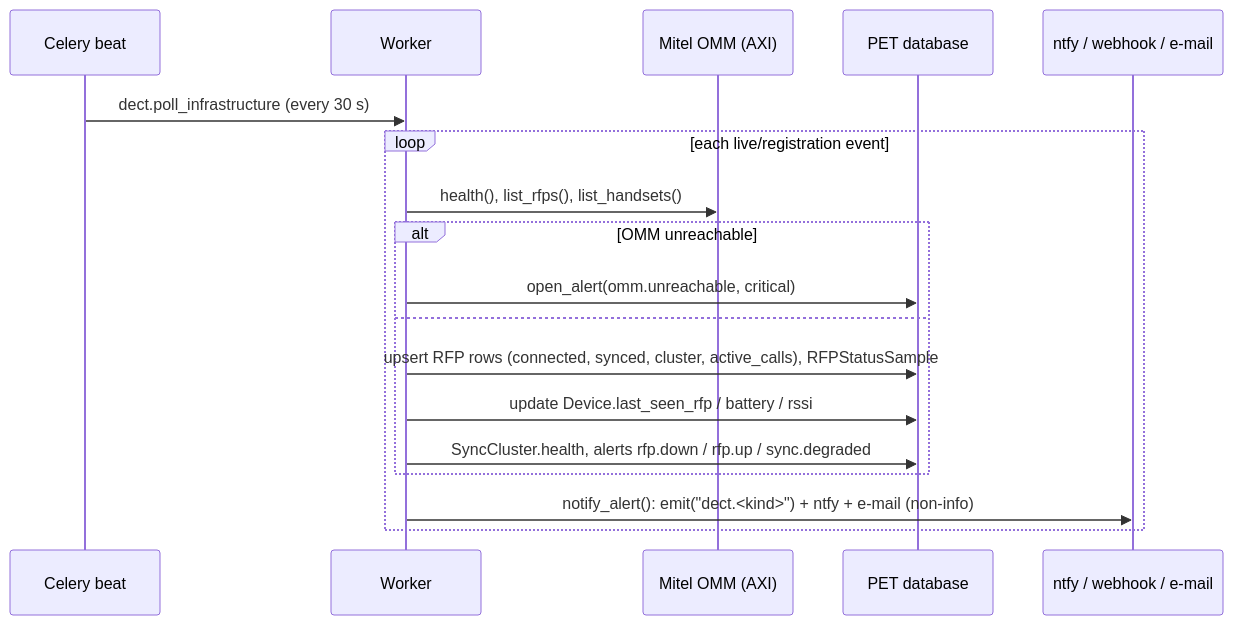
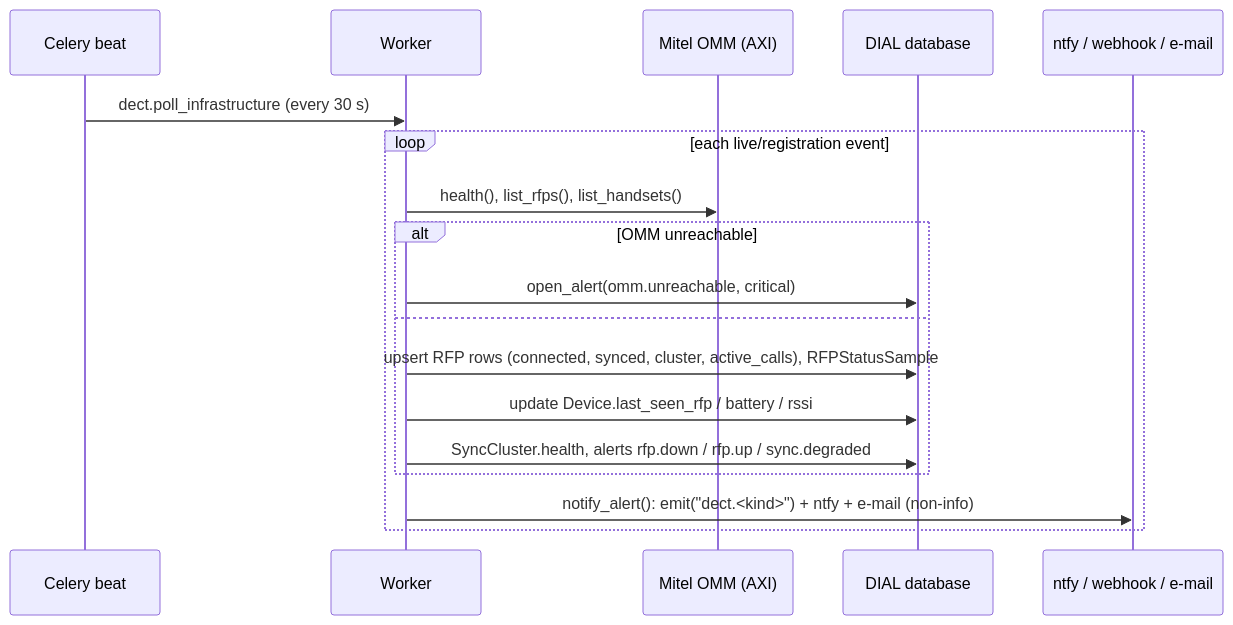
The seventh of 8 diagrams in docs/ARCHITECTURE.md (kirikakaese/DIAL-BETA), drawn with Mermaid before and after one commit. The commit also changed other lines of this file and 296 other files, not shown here.

First line of the commit message:
Rename PET to DIAL (DECT & IP Administration Layer)

````diff
--- a/docs/ARCHITECTURE.md
+++ b/docs/ARCHITECTURE.md
@@ -665,21 +665,21 @@
 ```mermaid
 sequenceDiagram
     participant B as Celery beat
     participant W as Worker
     participant OMM as Mitel OMM (AXI)
-    participant DB as PET database
+    participant DB as DIAL database
     participant N as ntfy / webhook / e-mail
 
     B->>W: dect.poll_infrastructure (every 30 s)
     loop each live/registration event
         W->>OMM: health(), list_rfps(), list_handsets()
         alt OMM unreachable
             W->>DB: open_alert(omm.unreachable, critical)
         else
             W->>DB: upsert RFP rows (connected, synced, cluster, active_calls), RFPStatusSample
             W->>DB: update Device.last_seen_rfp / battery / rssi
             W->>DB: SyncCluster.health, alerts rfp.down / rfp.up / sync.degraded
         end
         W->>N: notify_alert(): emit("dect.<kind>") + ntfy + e-mail (non-info)
     end
 ```
````
